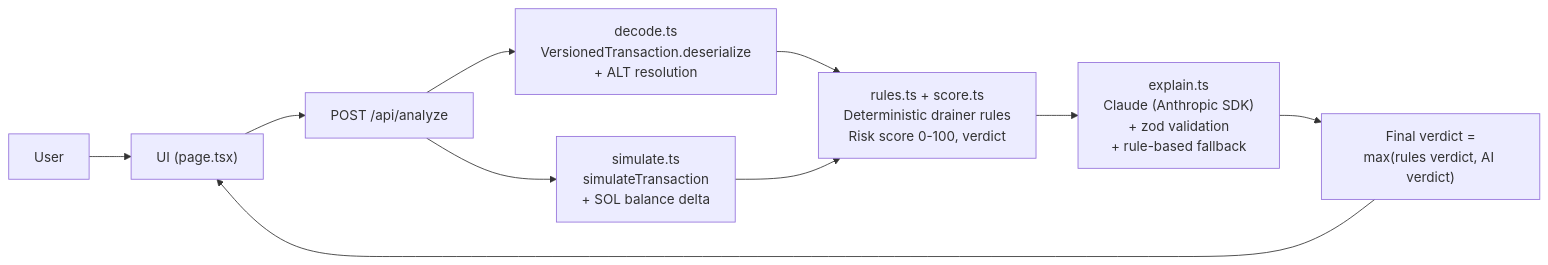
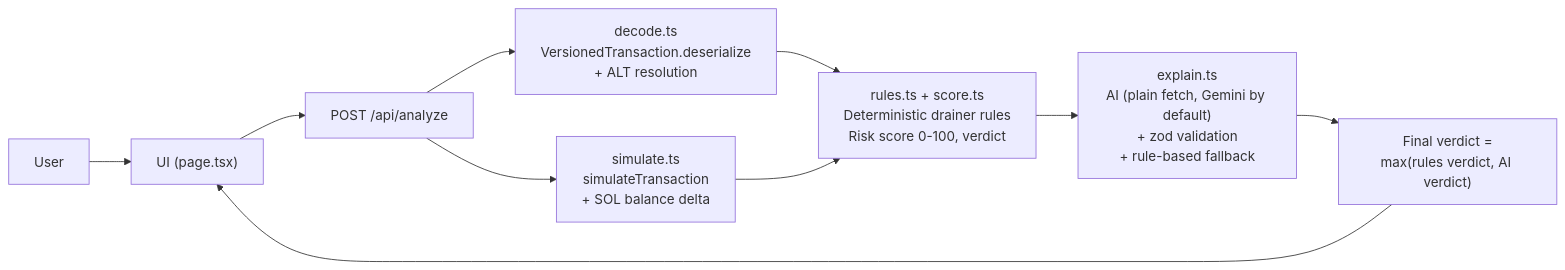
One commit to Mohiit70/MLH-SOLANA-HACKATHON changed the diagram in docs/ARCHITECTURE.md. Above: the diagram before and after it, drawn with Mermaid. The commit also changed other lines of this file and 8 other files, not shown here.

Commit message:
refactor: provider-agnostic ai explanation via plain fetch, gemini default

````diff
--- a/docs/ARCHITECTURE.md
+++ b/docs/ARCHITECTURE.md
@@ -5,12 +5,12 @@
 ```mermaid
 flowchart LR
     User --> UI["UI (page.tsx)"]
     UI --> API["POST /api/analyze"]
     API --> Decode["decode.ts\nVersionedTransaction.deserialize\n+ ALT resolution"]
     API --> Simulate["simulate.ts\nsimulateTransaction\n+ SOL balance delta"]
     Decode --> Rules["rules.ts + score.ts\nDeterministic drainer rules\nRisk score 0-100, verdict"]
     Simulate --> Rules
-    Rules --> AI["explain.ts\nClaude (Anthropic SDK)\n+ zod validation\n+ rule-based fallback"]
+    Rules --> AI["explain.ts\nAI (plain fetch, Gemini by default)\n+ zod validation\n+ rule-based fallback"]
     AI --> Merge["Final verdict =\nmax(rules verdict, AI verdict)"]
     Merge --> UI
 ```
````
